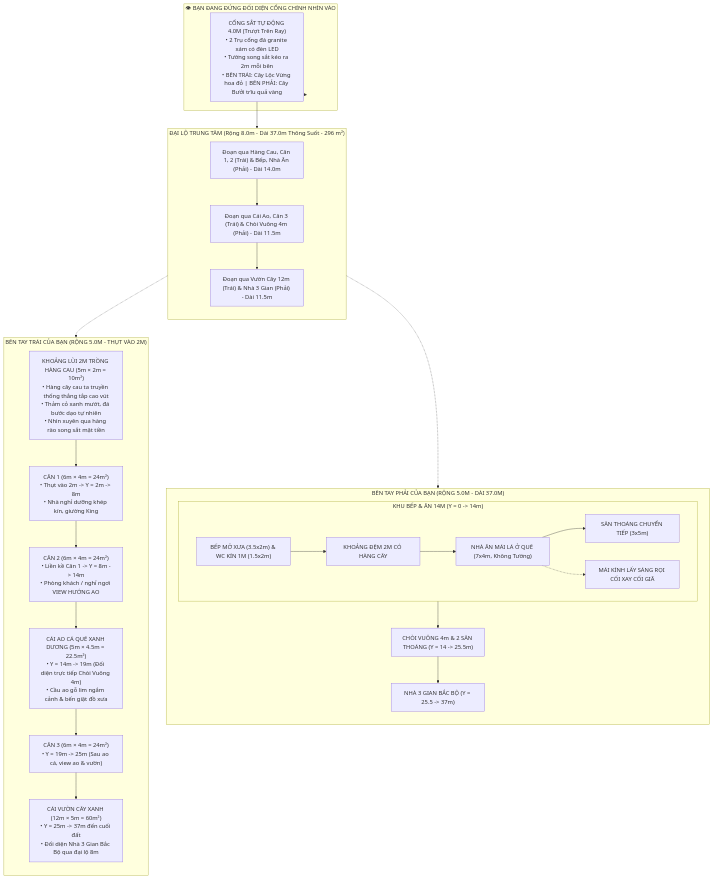
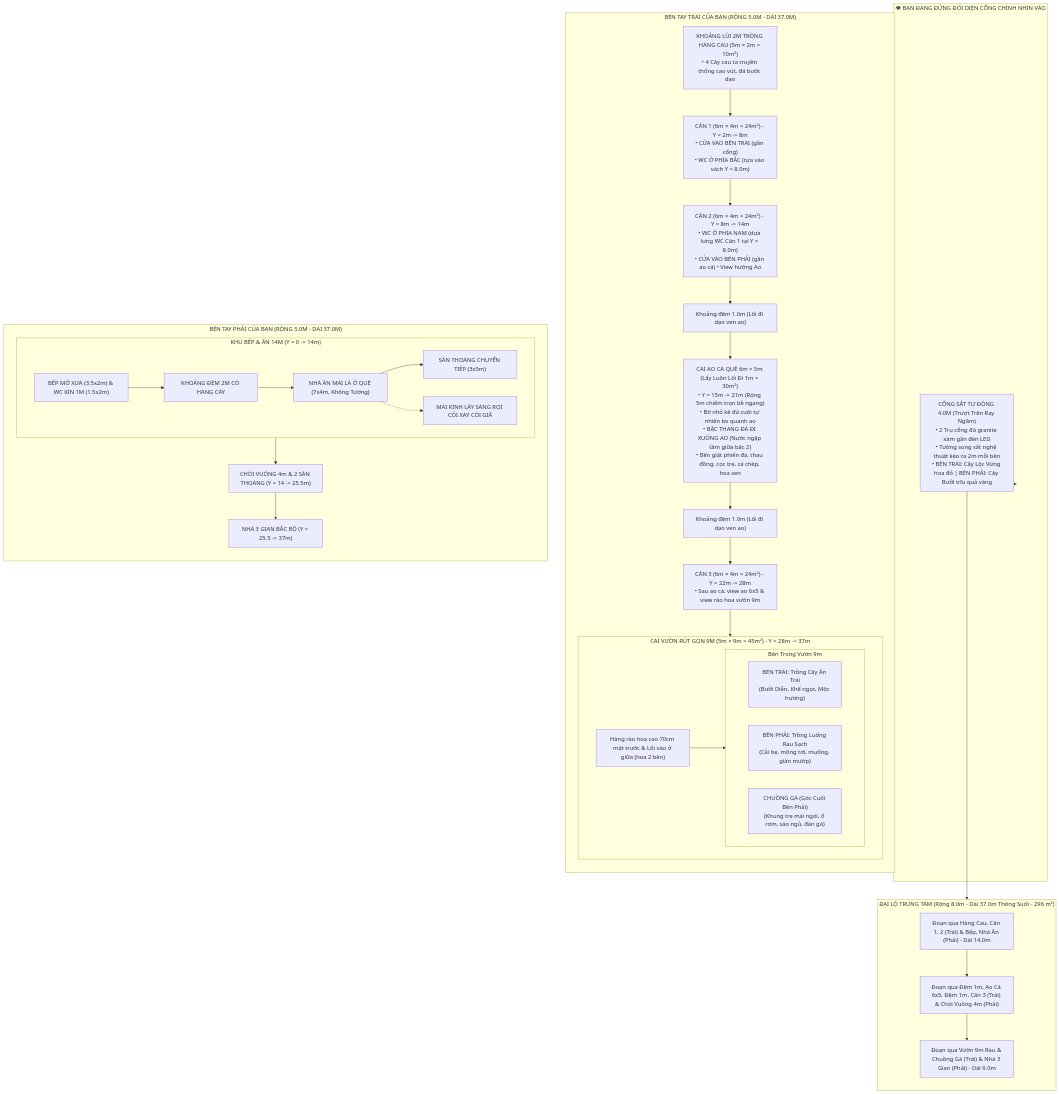
One commit to Saikase/khu-nha-dong-ho changed the diagram in ban_thiet_ke_khu_nha_dong_ho.md. Above: the diagram before and after it, drawn with Mermaid. The commit also changed other lines of this file and 14 other files, not shown here.

Commit message:
feat(architecture): 2 WC dua lung nhau, ao ca 6x5 bac da nuoc ngap giua bac 2, vuon 9m luong rau & chuong ga

````diff
--- a/ban_thiet_ke_khu_nha_dong_ho.md
+++ b/ban_thiet_ke_khu_nha_dong_ho.md
@@ -37,67 +54,78 @@
 ```mermaid
 flowchart TD
     subgraph OBSERVE["👁 BẠN ĐANG ĐỨNG ĐỐI DIỆN CỔNG CHÍNH NHÌN VÀO"]
-        GATE["CỔNG SẮT TỰ ĐỘNG 4.0M (Trượt Trên Ray)
-• 2 Trụ cổng đá granite xám có đèn LED
-• Tường song sắt kéo ra 2m mỗi bên
+        GATE["CỔNG SẮT TỰ ĐỘNG 4.0M (Trượt Trên Ray Ngầm)
+• 2 Trụ cổng đá granite xám gắn đèn LED
+• Tường song sắt nghệ thuật kéo ra 2m mỗi bên
 • BÊN TRÁI: Cây Lộc Vừng hoa đỏ | BÊN PHẢI: Cây Bưởi trĩu quả vàng"]
     end
 
     subgraph DUONG_CHINH["ĐẠI LỘ TRUNG TÂM (Rộng 8.0m - Dài 37.0m Thông Suốt - 296 m²)"]
         direction TB
         ROAD_P1["Đoạn qua Hàng Cau, Căn 1, 2 (Trái) & Bếp, Nhà Ăn (Phải) - Dài 14.0m"]
-        ROAD_P2["Đoạn qua Cái Ao, Căn 3 (Trái) & Chòi Vuông 4m (Phải) - Dài 11.5m"]
-        ROAD_P3["Đoạn qua Vườn Cây 12m (Trái) & Nhà 3 Gian (Phải) - Dài 11.5m"]
+        ROAD_P2["Đoạn qua Đệm 1m, Ao Cá 6x5, Đệm 1m, Căn 3 (Trái) & Chòi Vuông 4m (Phải)"]
+        ROAD_P3["Đoạn qua Vườn 9m Rau & Chuồng Gà (Trái) & Nhà 3 Gian (Phải) - Dài 9.0m"]
         ROAD_P1 --> ROAD_P2 --> ROAD_P3
     end
 
-    subgraph TAY_TRAI["BÊN TAY TRÁI CỦA BẠN (RỘNG 5.0M - THỤT VÀO 2M)"]
+    subgraph TAY_TRAI["BÊN TAY TRÁI CỦA BẠN (RỘNG 5.0M - DÀI 37.0M)"]
         direction TB
         CAU["KHOẢNG LÙI 2M TRỒNG HÀNG CAU (5m × 2m = 10m²)
-• Hàng cây cau ta truyền thống thẳng tắp cao vút
-• Thảm cỏ xanh mướt, đá bước dạo tự nhiên
-• Nhìn xuyên qua hàng rào song sắt mặt tiền"]
+• 4 Cây cau ta truyền thống cao vút, đá bước dạo"]
 
-        C1["CĂN 1 (6m × 4m = 24m²)
-• Thụt vào 2m -> Y = 2m -> 8m
-• Nhà nghỉ dưỡng khép kín, giường King"]
+        C1["CĂN 1 (6m × 4m = 24m²) - Y = 2m -> 8m
+• CỬA VÀO BÊN TRÁI (gần cổng)
+• WC Ở PHÍA BẮC (tựa vào vách Y = 8.0m)"]
 
-        C2["CĂN 2 (6m × 4m = 24m²)
-• Liền kề Căn 1 -> Y = 8m -> 14m
-• Phòng khách / nghỉ ngơi VIEW HƯỚNG AO"]
+        C2["CĂN 2 (6m × 4m = 24m²) - Y = 8m -> 14m
+• WC Ở PHÍA NAM (dựa lưng WC Căn 1 tại Y = 8.0m)
+• CỬA VÀO BÊN PHẢI (gần ao cá) • View hướng Ao"]
 
-        AO["CÁI AO CÁ QUÊ XANH DƯƠNG (5m × 4.5m = 22.5m²)
-• Y = 14m -> 19m (Đối diện trực tiếp Chòi Vuông 4m)
-• Cầu ao gỗ lim ngắm cảnh & bến giặt đồ xưa"]
+        DEM1["Khoảng đệm 1.0m (Lối đi dạo ven ao)"]
 
-        C3["CĂN 3 (6m × 4m = 24m²)
-• Y = 19m -> 25m (Sau ao cá, view ao & vườn)"]
+        AO["CÁI AO CÁ QUÊ 6m × 5m (Lấy Luôn Lối Đi 1m = 30m²)
+• Y = 15m -> 21m (Rộng 5m chiếm trọn bề ngang)
+• Bờ nhỏ kè đá cuội tự nhiên bo quanh ao
+• BẬC THANG ĐÁ ĐI XUỐNG AO (Nước ngập tầm giữa bậc 2)
+• Bến giặt phiến đá, thau đồng, cọc tre, cá chép, hoa sen"]
 
-        VUON["CÁI VƯỜN CÂY XANH (12m × 5m = 60m²)
-• Y = 25m -> 37m đến cuối đất
-• Đối diện Nhà 3 Gian Bắc Bộ qua đại lộ 8m"]
+        DEM2["Khoảng đệm 1.0m (Lối đi dạo ven ao)"]
 
-        CAU --> C1 --> C2 --> AO --> C3 --> VUON
+        C3["CĂN 3 (6m × 4m = 24m²) - Y = 22m -> 28m
+• Sau ao cá, view ao 6x5 & view rào hoa vườn 9m"]
+
+        subgraph VUON_9M["CÁI VƯỜN RÚT GỌN 9M (5m × 9m = 45m²) - Y = 28m -> 37m"]
+            RAO_HOA["Hàng rào hoa cao 70cm mặt trước & Lối vào ở giữa (hoa 2 bên)"]
+            subgraph TRONG_VUON["Bên Trong Vườn 9m"]
+                VUON_TRAI["BÊN TRÁI: Trồng Cây Ăn Trái
+(Bưởi Diễn, Khế ngọt, Mộc hương)"]
+                VUON_PHAI["BÊN PHẢI: Trồng Luống Rau Sạch
+(Cải bẹ, mồng tơi, muống, giàn mướp)"]
+                GA["CHUỒNG GÀ (Góc Cuối Bên Phải)
+(Khung tre mái ngói, ổ rơm, sào ngủ, đàn gà)"]
+            end
+            RAO_HOA --> TRONG_VUON
+        end
+
+        CAU --> C1 --> C2 --> DEM1 --> AO --> DEM2 --> C3 --> VUON_9M
     end
 
     subgraph TAY_PHAI["BÊN TAY PHẢI CỦA BẠN (RỘNG 5.0M - DÀI 37.0M)"]
         direction TB
         subgraph DAT_14M["KHU BẾP & ĂN 14M (Y = 0 -> 14m)"]
             WC_BEP["BẾP MỞ XƯA (3.5x2m) & WC KÍN 1M (1.5x2m)"]
             DEM_2M["KHOẢNG ĐỆM 2M CÓ HÀNG CÂY"]
             NHA_AN["NHÀ ĂN MÁI LÁ Ở QUÊ (7x4m, Không Tường)"]
             KY_VAT["MÁI KÍNH LẤY SÁNG RỌI CỐI XAY CỐI GIÃ"]
             CHUYEN_TIEP["SÂN THOÁNG CHUYỂN TIẾP (3x5m)"]
             WC_BEP --> DEM_2M --> NHA_AN --> CHUYEN_TIEP
             NHA_AN -.-> KY_VAT
         end
         K2["CHÒI VUÔNG 4m & 2 SÂN THOÁNG (Y = 14 -> 25.5m)"]
         K1["NHÀ 3 GIAN BẮC BỘ (Y = 25.5 -> 37m)"]
         DAT_14M --> K2 --> K1
     end
 
     OBSERVE --> GATE
     GATE --> DUONG_CHINH
-    DUONG_CHINH -.-> TAY_TRAI
-    DUONG_CHINH -.-> TAY_PHAI
 ```
````
